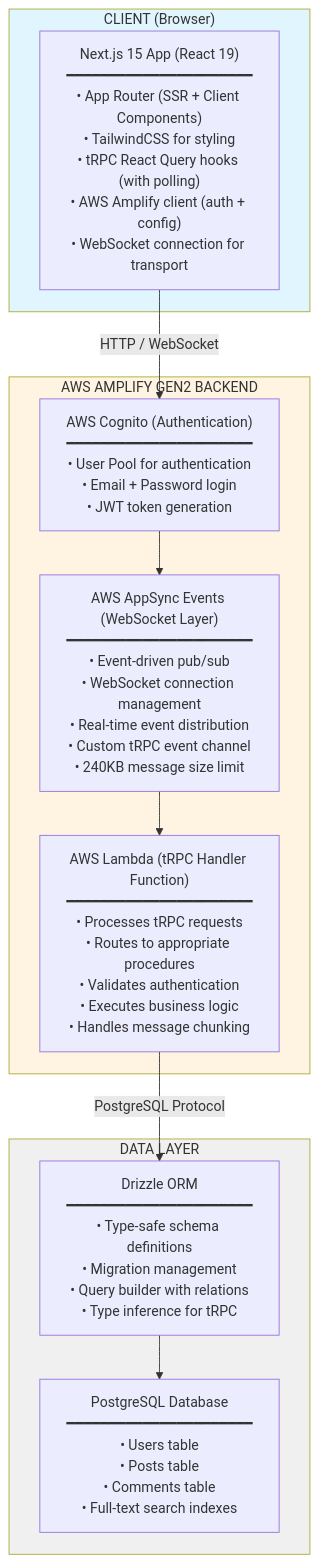
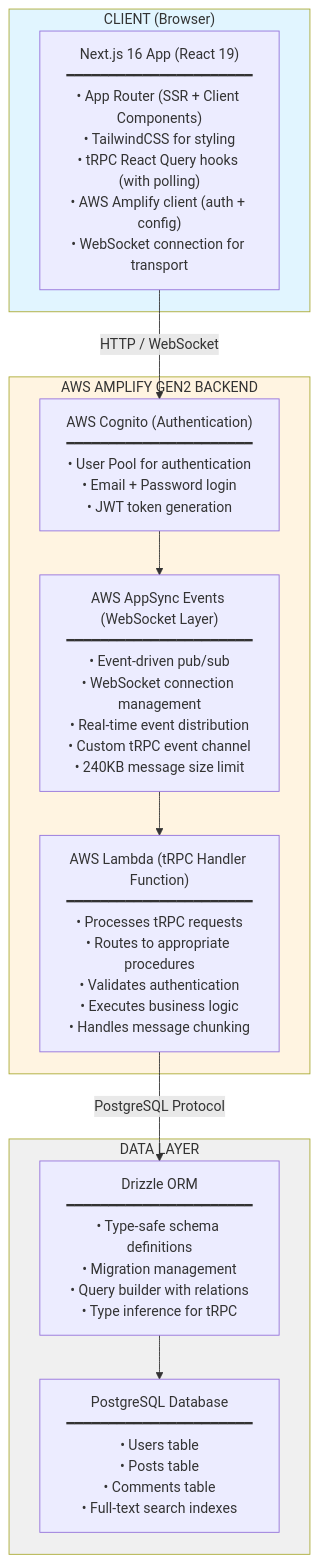
The first of 8 diagrams in specs/architecture-detailed.md (mattiarossi/playground-trpc-amplify), drawn with Mermaid before and after one commit. The commit also changed other lines of this file and 4 other files, not shown here.

````diff
--- a/specs/architecture-detailed.md
+++ b/specs/architecture-detailed.md
@@ -5,32 +5,32 @@
 ```mermaid
 graph TB
     subgraph Client["CLIENT (Browser)"]
-        NextJS["Next.js 15 App (React 19)<br/>━━━━━━━━━━━━━━━━━━━━━━<br/>• App Router (SSR + Client Components)<br/>• TailwindCSS for styling<br/>• tRPC React Query hooks (with polling)<br/>• AWS Amplify client (auth + config)<br/>• WebSocket connection for transport"]
+        NextJS["Next.js 16 App (React 19)<br/>━━━━━━━━━━━━━━━━━━━━━━<br/>• App Router (SSR + Client Components)<br/>• TailwindCSS for styling<br/>• tRPC React Query hooks (with polling)<br/>• AWS Amplify client (auth + config)<br/>• WebSocket connection for transport"]
     end
     
     subgraph Backend["AWS AMPLIFY GEN2 BACKEND"]
         Cognito["AWS Cognito (Authentication)<br/>━━━━━━━━━━━━━━━━━━━━━━<br/>• User Pool for authentication<br/>• Email + Password login<br/>• JWT token generation"]
         
         AppSync["AWS AppSync Events (WebSocket Layer)<br/>━━━━━━━━━━━━━━━━━━━━━━<br/>• Event-driven pub/sub<br/>• WebSocket connection management<br/>• Real-time event distribution<br/>• Custom tRPC event channel<br/>• 240KB message size limit"]
         
         Lambda["AWS Lambda (tRPC Handler Function)<br/>━━━━━━━━━━━━━━━━━━━━━━<br/>• Processes tRPC requests<br/>• Routes to appropriate procedures<br/>• Validates authentication<br/>• Executes business logic<br/>• Handles message chunking"]
         
         Cognito --> AppSync
         AppSync --> Lambda
     end
     
     subgraph DataLayer["DATA LAYER"]
         Drizzle["Drizzle ORM<br/>━━━━━━━━━━━━━━━━━━━━━━<br/>• Type-safe schema definitions<br/>• Migration management<br/>• Query builder with relations<br/>• Type inference for tRPC"]
         
         Postgres["PostgreSQL Database<br/>━━━━━━━━━━━━━━━━━━━━━━<br/>• Users table<br/>• Posts table<br/>• Comments table<br/>• Full-text search indexes"]
         
         Drizzle --> Postgres
     end
     
     NextJS -->|HTTP / WebSocket| Cognito
     Lambda -->|PostgreSQL Protocol| Drizzle
     
     style Client fill:#e1f5ff
     style Backend fill:#fff4e1
     style DataLayer fill:#f0f0f0
 ```
````
